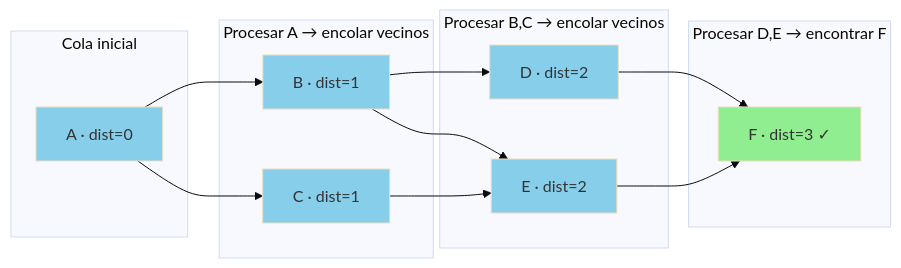
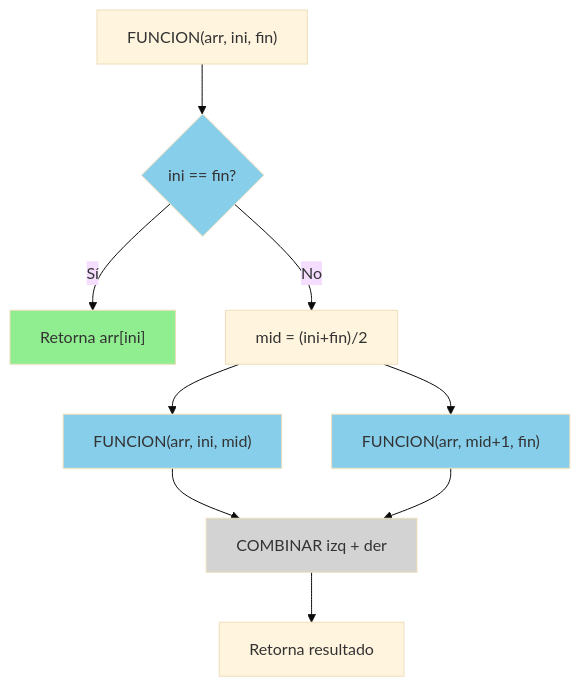
Before and after one commit to nehuenlabs/estudios-algoritmos-recursividad: diagram 13 of 58 in plantilla-soluciones.md, drawn with Mermaid (base theme). The commit also changed other lines of this file, not shown here.

````diff
--- a/plantilla-soluciones.md
+++ b/plantilla-soluciones.md
@@ -378,35 +425,26 @@
 ```mermaid
-flowchart LR
-    subgraph Cola_0["Cola inicial"]
-        A["A · dist=0"]
-    end
-
-    subgraph Cola_1["Procesar A → encolar vecinos"]
-        B["B · dist=1"]
-        C["C · dist=1"]
-    end
-
-    subgraph Cola_2["Procesar B,C → encolar vecinos"]
-        D["D · dist=2"]
-        E["E · dist=2"]
-    end
-
-    subgraph Cola_3["Procesar D,E → encontrar F"]
-        F["F · dist=3 ✓"]
-    end
+flowchart TD
+    A["FUNCION(arr, ini, fin)"]
+    B{"ini == fin?"}
+    C["Retorna arr[ini]"]
+    D["mid = (ini+fin)/2"]
+    E["FUNCION(arr, ini, mid)"]
+    F["FUNCION(arr, mid+1, fin)"]
+    G["COMBINAR izq + der"]
+    H["Retorna resultado"]
 
     A --> B
-    A --> C
-    B --> D
-    B --> E
-    C --> E
+    B -- "Sí" --> C
+    B -- "No" --> D
+    D --> E
     D --> F
-    E --> F
+    E --> G
+    F --> G
+    G --> H
 
-    style A fill:#87CEEB
+    style C fill:#90EE90
     style B fill:#87CEEB
-    style C fill:#87CEEB
-    style D fill:#87CEEB
     style E fill:#87CEEB
-    style F fill:#90EE90
+    style F fill:#87CEEB
+    style G fill:#D3D3D3
 ```
````
